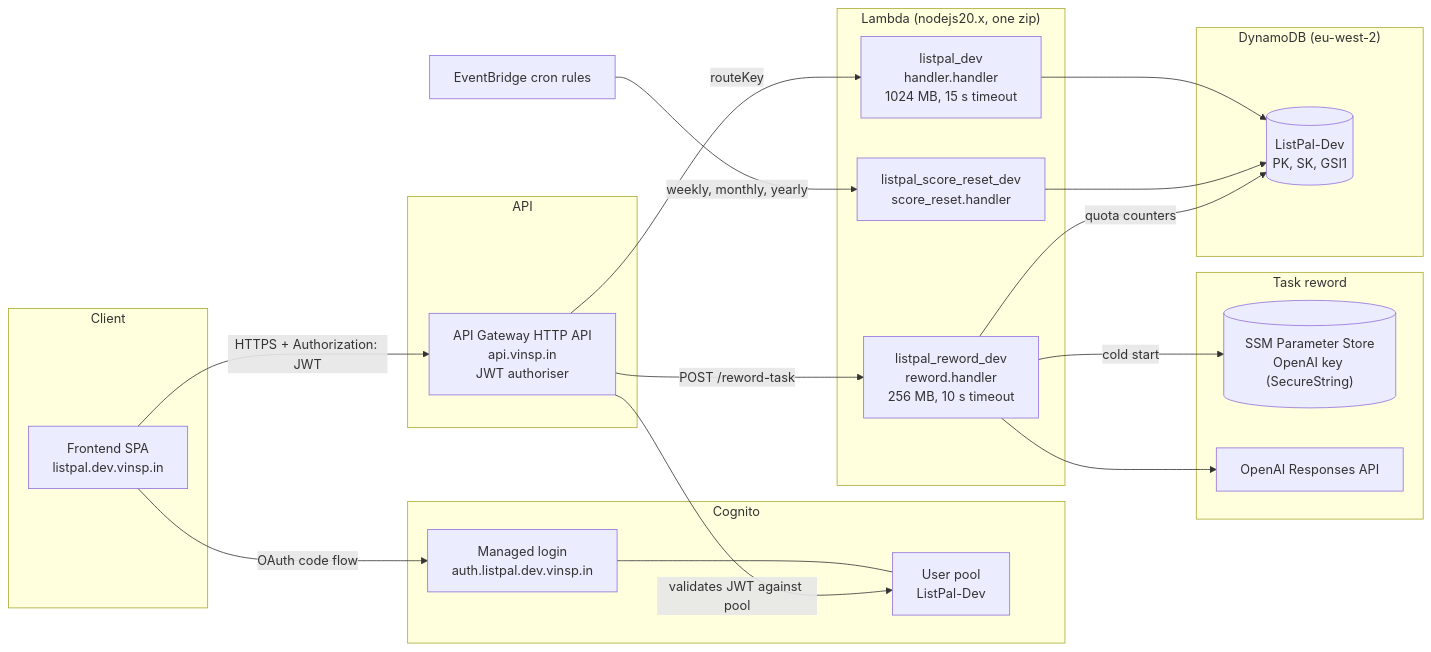
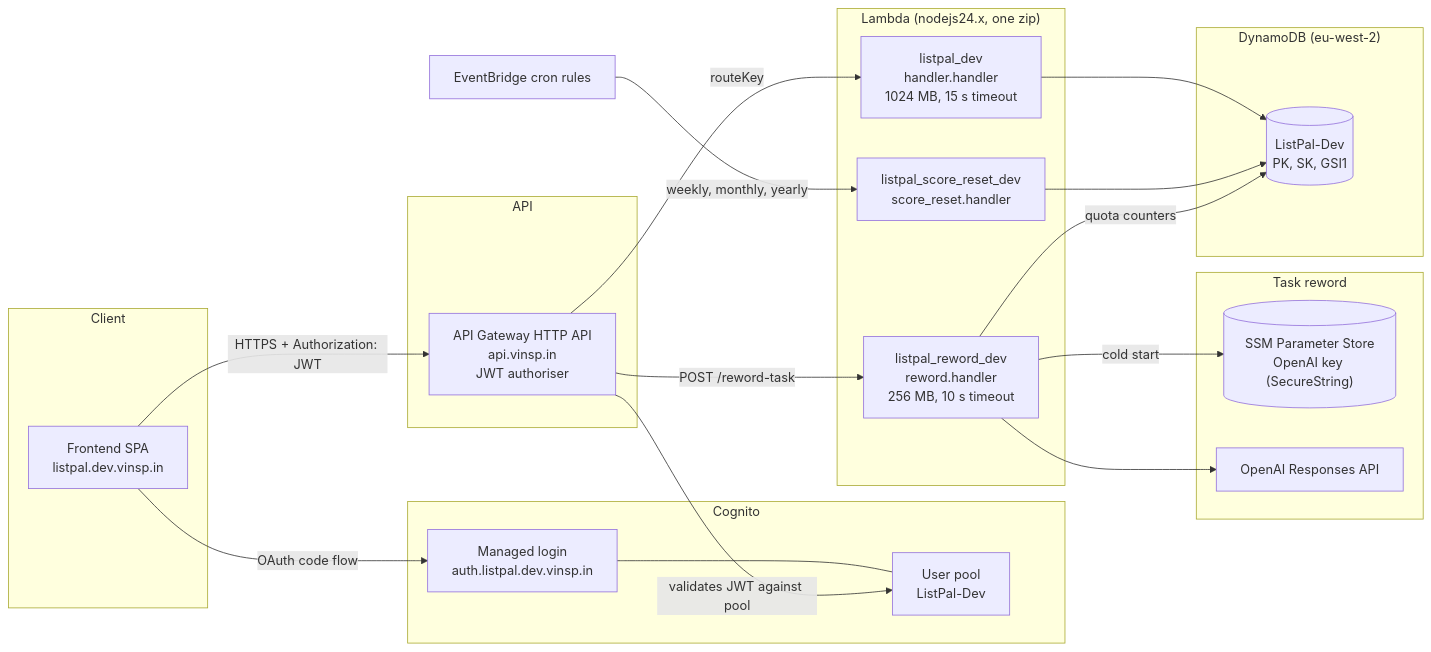
One commit to TomBenjaminMorris/listpal-backend changed the first of 12 diagrams in ARCHITECTURE.md. Above: the diagram before and after it, drawn with Mermaid. The commit also changed other lines of this file and 8 other files, not shown here.

````diff
--- a/ARCHITECTURE.md
+++ b/ARCHITECTURE.md
@@ -71,45 +71,45 @@
 ```mermaid
 flowchart LR
     subgraph Client
         FE["Frontend SPA<br/>listpal.dev.vinsp.in"]
     end
 
     subgraph Auth["Cognito"]
         UP["User pool<br/>ListPal-Dev"]
         HUI["Managed login<br/>auth.listpal.dev.vinsp.in"]
     end
 
     subgraph Edge["API"]
         APIGW["API Gateway HTTP API<br/>api.vinsp.in<br/>JWT authoriser"]
     end
 
-    subgraph Compute["Lambda (nodejs20.x, one zip)"]
+    subgraph Compute["Lambda (nodejs24.x, one zip)"]
         L1["listpal_dev<br/>handler.handler<br/>1024 MB, 15 s timeout"]
         L2["listpal_score_reset_dev<br/>score_reset.handler"]
         L3["listpal_reword_dev<br/>reword.handler<br/>256 MB, 10 s timeout"]
     end
 
     subgraph AI["Task reword"]
         SSM[("SSM Parameter Store<br/>OpenAI key (SecureString)")]
         OAI["OpenAI Responses API"]
     end
 
     subgraph Data["DynamoDB (eu-west-2)"]
         T1[("ListPal-Dev<br/>PK, SK, GSI1")]
     end
 
     EB["EventBridge cron rules"]
 
     FE -->|"OAuth code flow"| HUI
     HUI --- UP
     FE -->|"HTTPS + Authorization: JWT"| APIGW
     APIGW -->|"validates JWT against pool"| UP
     APIGW -->|"routeKey"| L1
     L1 --> T1
     EB -->|"weekly, monthly, yearly"| L2
     L2 --> T1
     APIGW -->|"POST /reword-task"| L3
     L3 -->|"cold start"| SSM
     L3 --> OAI
     L3 -->|"quota counters"| T1
 ```
````
